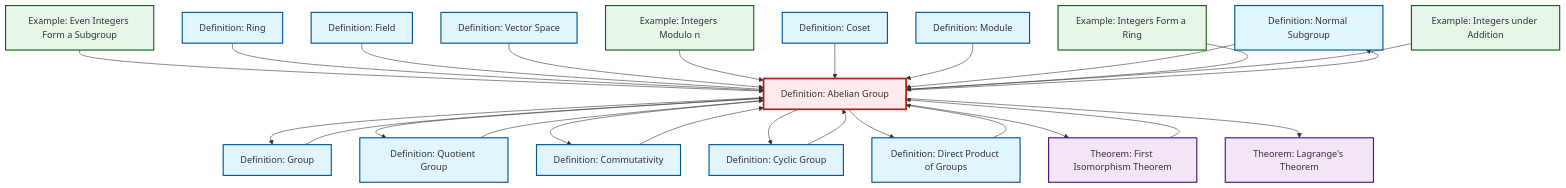
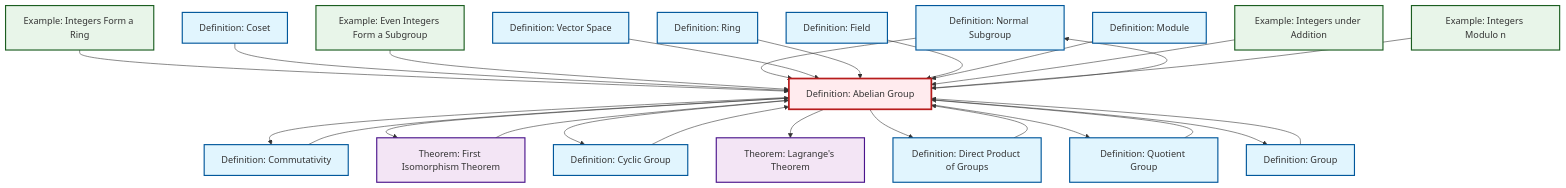
The diagram in content/ja/algebra/def-abelian-group.qmd (RK0429/ModernMath), drawn with Mermaid before and after one commit. The commit also changed other lines of this file and 497 other files, not shown here.

````diff
--- a/content/ja/algebra/def-abelian-group.qmd
+++ b/content/ja/algebra/def-abelian-group.qmd
@@ -103,69 +103,69 @@
 ```{mermaid}
 %%| fig-cap: "Local dependency graph"
 graph TD
     classDef definition fill:#e1f5fe,stroke:#01579b,stroke-width:2px
     classDef theorem fill:#f3e5f5,stroke:#4a148c,stroke-width:2px
     classDef axiom fill:#fff3e0,stroke:#e65100,stroke-width:2px
     classDef example fill:#e8f5e9,stroke:#1b5e20,stroke-width:2px
     classDef current fill:#ffebee,stroke:#b71c1c,stroke-width:3px
     def-normal-subgroup["Definition: Normal Subgroup"]:::definition
-    def-quotient-group["Definition: Quotient Group"]:::definition
-    ex-even-integers-subgroup["Example: Even Integers Form a Subgroup"]:::example
-    def-abelian-group["Definition: Abelian Group"]:::definition
-    thm-lagrange["Theorem: Lagrange's Theorem"]:::theorem
     thm-first-isomorphism["Theorem: First Isomorphism Theorem"]:::theorem
-    ex-integers-addition["Example: Integers under Addition"]:::example
-    def-coset["Definition: Coset"]:::definition
-    ex-quotient-integers-mod-n["Example: Integers Modulo n"]:::example
     def-field["Definition: Field"]:::definition
     def-module["Definition: Module"]:::definition
+    ex-quotient-integers-mod-n["Example: Integers Modulo n"]:::example
+    thm-lagrange["Theorem: Lagrange's Theorem"]:::theorem
+    def-coset["Definition: Coset"]:::definition
     def-vector-space["Definition: Vector Space"]:::definition
+    def-quotient-group["Definition: Quotient Group"]:::definition
+    ex-integers-addition["Example: Integers under Addition"]:::example
     def-cyclic-group["Definition: Cyclic Group"]:::definition
+    ex-even-integers-subgroup["Example: Even Integers Form a Subgroup"]:::example
+    def-ring["Definition: Ring"]:::definition
+    def-group["Definition: Group"]:::definition
+    def-commutativity["Definition: Commutativity"]:::definition
+    def-abelian-group["Definition: Abelian Group"]:::definition
+    ex-integers-ring["Example: Integers Form a Ring"]:::example
     def-direct-product["Definition: Direct Product of Groups"]:::definition
-    def-group["Definition: Group"]:::definition
-    def-ring["Definition: Ring"]:::definition
-    def-commutativity["Definition: Commutativity"]:::definition
-    ex-integers-ring["Example: Integers Form a Ring"]:::example
+    def-abelian-group --> def-commutativity
+    def-abelian-group --> thm-first-isomorphism
+    def-direct-product --> def-abelian-group
+    ex-integers-ring --> def-abelian-group
+    def-coset --> def-abelian-group
+    def-abelian-group --> def-normal-subgroup
+    ex-even-integers-subgroup --> def-abelian-group
+    def-normal-subgroup --> def-abelian-group
+    def-abelian-group --> def-cyclic-group
+    def-abelian-group --> thm-lagrange
+    thm-first-isomorphism --> def-abelian-group
+    def-group --> def-abelian-group
+    def-vector-space --> def-abelian-group
+    def-abelian-group --> def-direct-product
+    def-ring --> def-abelian-group
+    def-field --> def-abelian-group
     def-cyclic-group --> def-abelian-group
+    def-abelian-group --> def-quotient-group
     def-abelian-group --> def-group
-    def-direct-product --> def-abelian-group
-    ex-even-integers-subgroup --> def-abelian-group
-    def-ring --> def-abelian-group
-    def-abelian-group --> def-quotient-group
-    def-field --> def-abelian-group
-    def-vector-space --> def-abelian-group
-    def-abelian-group --> def-commutativity
-    thm-first-isomorphism --> def-abelian-group
+    def-module --> def-abelian-group
+    def-quotient-group --> def-abelian-group
+    def-commutativity --> def-abelian-group
+    ex-integers-addition --> def-abelian-group
     ex-quotient-integers-mod-n --> def-abelian-group
-    def-abelian-group --> def-cyclic-group
-    def-coset --> def-abelian-group
-    def-module --> def-abelian-group
-    def-commutativity --> def-abelian-group
-    def-normal-subgroup --> def-abelian-group
-    def-group --> def-abelian-group
-    ex-integers-ring --> def-abelian-group
-    ex-integers-addition --> def-abelian-group
-    def-abelian-group --> def-direct-product
-    def-abelian-group --> thm-first-isomorphism
-    def-quotient-group --> def-abelian-group
-    def-abelian-group --> def-normal-subgroup
-    def-abelian-group --> thm-lagrange
     class def-abelian-group current
     click def-normal-subgroup "def-normal-subgroup.html" "Definition: Normal Subgroupへ"
-    click def-quotient-group "def-quotient-group.html" "Definition: Quotient Groupへ"
-    click ex-even-integers-subgroup "ex-even-integers-subgroup.html" "Example: Even Integers Form a Subgroupへ"
-    click thm-lagrange "thm-lagrange.html" "Theorem: Lagrange's Theoremへ"
     click thm-first-isomorphism "thm-first-isomorphism.html" "Theorem: First Isomorphism Theoremへ"
-    click ex-integers-addition "ex-integers-addition.html" "Example: Integers under Additionへ"
-    click def-coset "def-coset.html" "Definition: Cosetへ"
-    click ex-quotient-integers-mod-n "ex-quotient-integers-mod-n.html" "Example: Integers Modulo nへ"
     click def-field "def-field.html" "Definition: Fieldへ"
     click def-module "def-module.html" "Definition: Moduleへ"
+    click ex-quotient-integers-mod-n "ex-quotient-integers-mod-n.html" "Example: Integers Modulo nへ"
+    click thm-lagrange "thm-lagrange.html" "Theorem: Lagrange's Theoremへ"
+    click def-coset "def-coset.html" "Definition: Cosetへ"
     click def-vector-space "def-vector-space.html" "Definition: Vector Spaceへ"
+    click def-quotient-group "def-quotient-group.html" "Definition: Quotient Groupへ"
+    click ex-integers-addition "ex-integers-addition.html" "Example: Integers under Additionへ"
     click def-cyclic-group "def-cyclic-group.html" "Definition: Cyclic Groupへ"
-    click def-direct-product "def-direct-product.html" "Definition: Direct Product of Groupsへ"
+    click ex-even-integers-subgroup "ex-even-integers-subgroup.html" "Example: Even Integers Form a Subgroupへ"
+    click def-ring "def-ring.html" "Definition: Ringへ"
     click def-group "def-group.html" "Definition: Groupへ"
-    click def-ring "def-ring.html" "Definition: Ringへ"
     click def-commutativity "def-commutativity.html" "Definition: Commutativityへ"
     click ex-integers-ring "ex-integers-ring.html" "Example: Integers Form a Ringへ"
+    click def-direct-product "def-direct-product.html" "Definition: Direct Product of Groupsへ"
 ```
````
